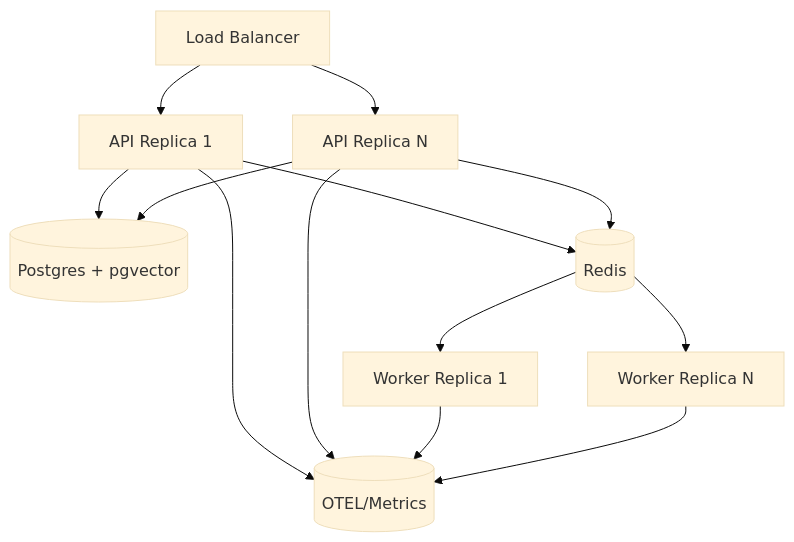
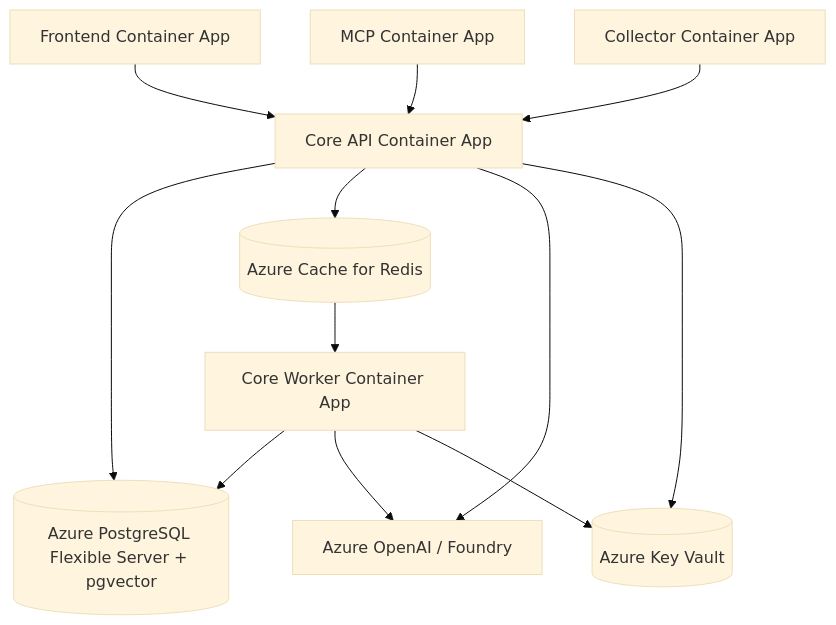
Before and after one commit to Auro-rium/Ops-Incident-Core: the diagram in docs/deployment.md, drawn with Mermaid (base theme). The commit also changed other lines of this file and 58 other files, not shown here.

Commit message:
Make Azure the only deployment path with MCP

````diff
--- a/docs/deployment.md
+++ b/docs/deployment.md
@@ -11,15 +9,14 @@
 ```mermaid
 graph TD
-  LB[Load Balancer] --> API1[API Replica 1]
-  LB --> API2[API Replica N]
-  API1 --> PG[(Postgres + pgvector)]
-  API2 --> PG
-  API1 --> R[(Redis)]
-  API2 --> R
-  R --> W1[Worker Replica 1]
-  R --> W2[Worker Replica N]
-  API1 --> OBS[(OTEL/Metrics)]
-  API2 --> OBS
-  W1 --> OBS
-  W2 --> OBS
+  UI[Frontend Container App] --> API[Core API Container App]
+  MCP[MCP Container App] --> API
+  COL[Collector Container App] --> API
+  API --> PG[(Azure PostgreSQL Flexible Server + pgvector)]
+  API --> R[(Azure Cache for Redis)]
+  R --> W[Core Worker Container App]
+  W --> PG
+  API --> AOAI[Azure OpenAI / Foundry]
+  W --> AOAI
+  API --> KV[(Azure Key Vault)]
+  W --> KV
 ```
````
